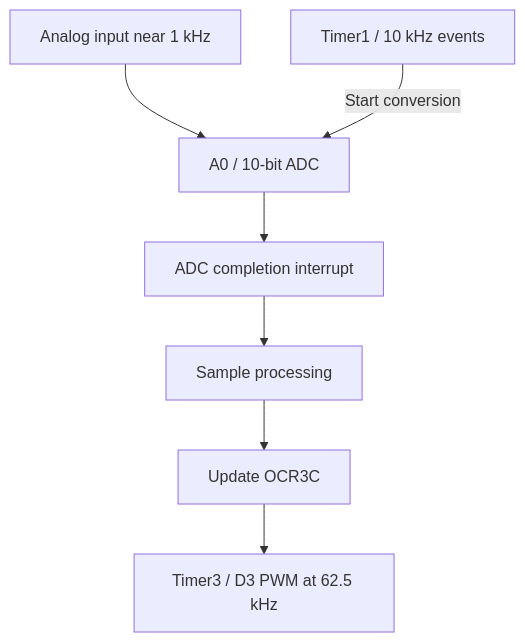
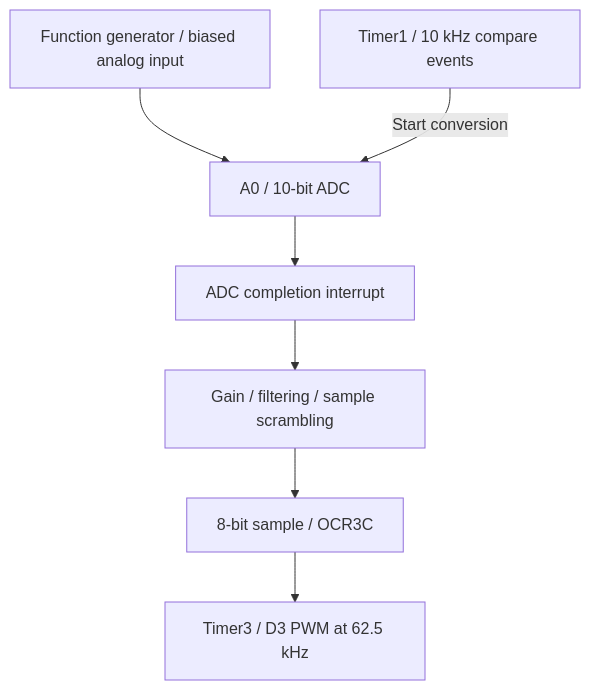
One commit to patrick-bowers/embedded-dsp-scrambler changed the diagram in README.md. Above: the diagram before and after it, drawn with Mermaid. The commit also changed other lines of this file and 12 other files, not shown here.

````diff
--- a/README.md
+++ b/README.md
@@ -9,9 +9,9 @@
 ```mermaid
 flowchart TD
-    GEN[Analog input near 1 kHz] --> ADC[A0 / 10-bit ADC]
-    T1[Timer1 / 10 kHz events] -->|Start conversion| ADC
+    IN[Function generator / biased analog input] --> ADC[A0 / 10-bit ADC]
+    TIMER[Timer1 / 10 kHz compare events] -->|Start conversion| ADC
     ADC --> ISR[ADC completion interrupt]
-    ISR --> DSP[Sample processing]
-    DSP --> REG[Update OCR3C]
-    REG --> PWM[Timer3 / D3 PWM at 62.5 kHz]
+    ISR --> DSP[Gain / filtering / sample scrambling]
+    DSP --> OUT[8-bit sample / OCR3C]
+    OUT --> PWM[Timer3 / D3 PWM at 62.5 kHz]
 ```
````
